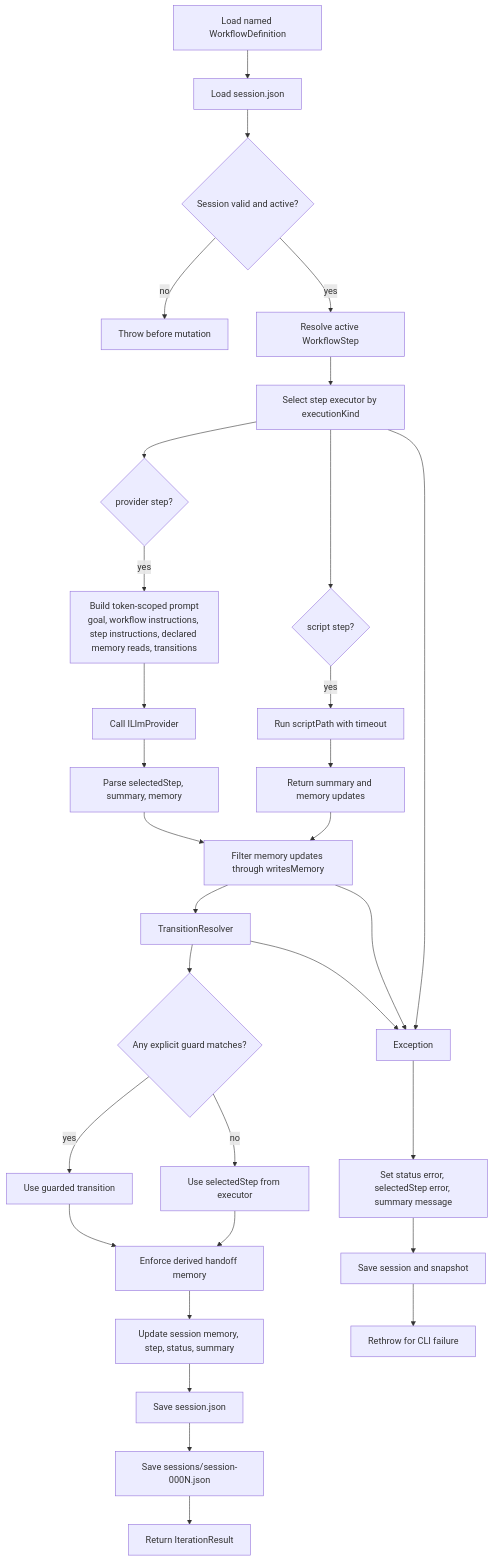
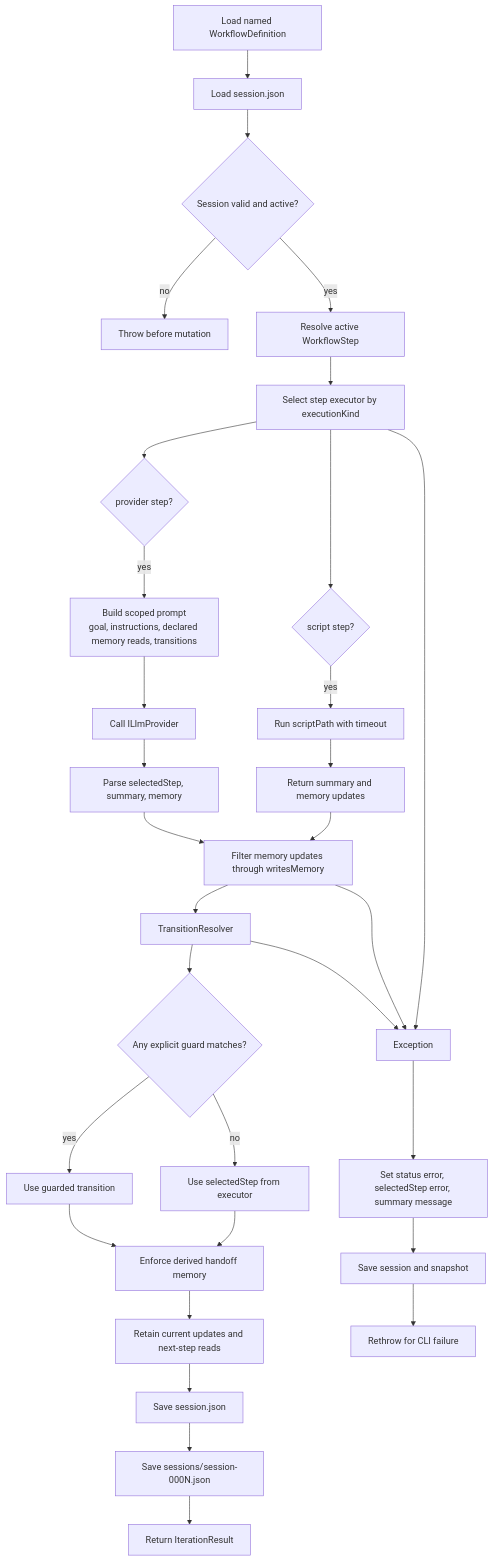
Before and after one commit to prometheus2D/WallyCode: the sixth of 9 diagrams in ARCHITECTURE_DIAGRAMS.md, drawn with Mermaid. The commit also changed other lines of this file, not shown here.

Commit message:
Update diagrams

````diff
--- a/ARCHITECTURE_DIAGRAMS.md
+++ b/ARCHITECTURE_DIAGRAMS.md
@@ -7,38 +142,38 @@
 ```mermaid
 flowchart TD
     Definition[Load named WorkflowDefinition] --> Load[Load session.json]
     Load --> Guards{Session valid and active?}
     Guards -- no --> Throw[Throw before mutation]
     Guards -- yes --> Step[Resolve active WorkflowStep]
     Step --> Executor[Select step executor by executionKind]
 
     Executor --> Provider{provider step?}
-    Provider -- yes --> Prompt[Build token-scoped prompt<br/>goal, workflow instructions, step instructions, declared memory reads, transitions]
+    Provider -- yes --> Prompt[Build scoped prompt<br/>goal, instructions, declared memory reads, transitions]
     Prompt --> LLM[Call ILlmProvider]
     LLM --> Parse[Parse selectedStep, summary, memory]
 
     Executor --> Script{script step?}
     Script -- yes --> RunScript[Run scriptPath with timeout]
     RunScript --> ScriptResult[Return summary and memory updates]
 
     Parse --> Contract[Filter memory updates through writesMemory]
     ScriptResult --> Contract
     Contract --> Resolve[TransitionResolver]
     Resolve --> Guarded{Any explicit guard matches?}
     Guarded -- yes --> GuardRoute[Use guarded transition]
     Guarded -- no --> ModelRoute[Use selectedStep from executor]
 
     GuardRoute --> Handoff[Enforce derived handoff memory]
     ModelRoute --> Handoff
-    Handoff --> Mutate[Update session memory, step, status, summary]
-    Mutate --> Save[Save session.json]
+    Handoff --> Retain[Retain current updates and next-step reads]
+    Retain --> Save[Save session.json]
     Save --> Snapshot[Save sessions/session-000N.json]
     Snapshot --> Result[Return IterationResult]
 
     Executor --> Failure[Exception]
     Resolve --> Failure
     Contract --> Failure
     Failure --> ErrorState[Set status error, selectedStep error, summary message]
     ErrorState --> SaveError[Save session and snapshot]
     SaveError --> Rethrow[Rethrow for CLI failure]
 ```
````
